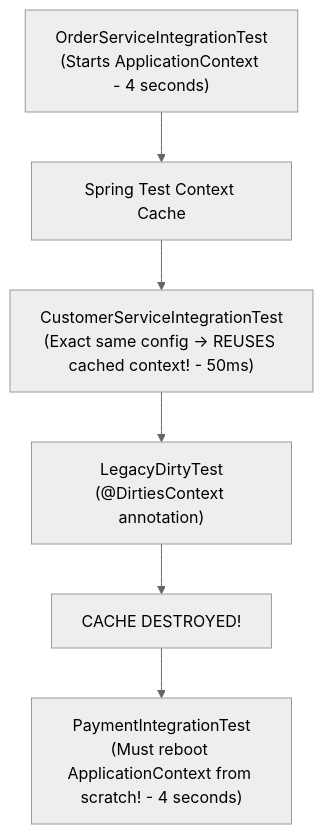
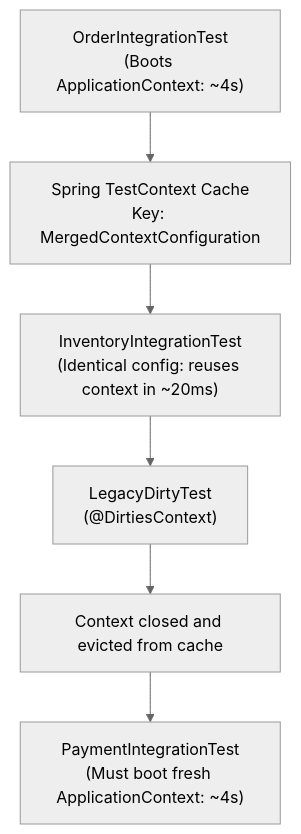
The third of 3 diagrams in content/roadmap/level-8/automated-testing.md (ravishankar2463/java_hub), drawn with Mermaid (neutral theme) before and after one commit. The commit also changed other lines of this file and 119 other files, not shown here.

Commit message:
feat: add comprehensive java learning roadmap content across multiple levels

````diff
--- a/content/roadmap/level-8/automated-testing.md
+++ b/content/roadmap/level-8/automated-testing.md
@@ -351,13 +359,9 @@
 ```mermaid
 flowchart TD
-    ClassA["OrderServiceIntegrationTest
-(Starts ApplicationContext - 4 seconds)"] --> Cache["Spring Test Context Cache"]
-    Cache --> ClassB["CustomerServiceIntegrationTest
-(Exact same config -> REUSES cached context! - 50ms)"]
-    
-    ClassB --> DirtyClass["LegacyDirtyTest
-(@DirtiesContext annotation)"]
-    DirtyClass --> Evict["CACHE DESTROYED!"]
-    Evict --> ClassC["PaymentIntegrationTest
-(Must reboot ApplicationContext from scratch! - 4 seconds)"]
+    ClassA["OrderIntegrationTest<br/>(Boots ApplicationContext: ~4s)"] --> Cache["Spring TestContext Cache<br/>Key: MergedContextConfiguration"]
+    Cache --> ClassB["InventoryIntegrationTest<br/>(Identical config: reuses context in ~20ms)"]
+
+    ClassB --> Dirty["LegacyDirtyTest<br/>(@DirtiesContext)"]
+    Dirty --> Evict["Context closed and evicted from cache"]
+    Evict --> ClassC["PaymentIntegrationTest<br/>(Must boot fresh ApplicationContext: ~4s)"]
 ```
````
